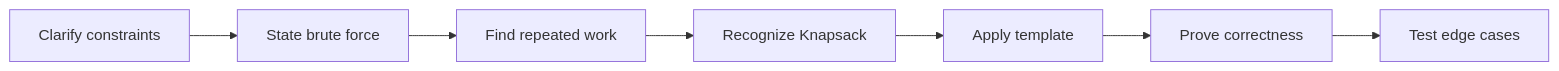
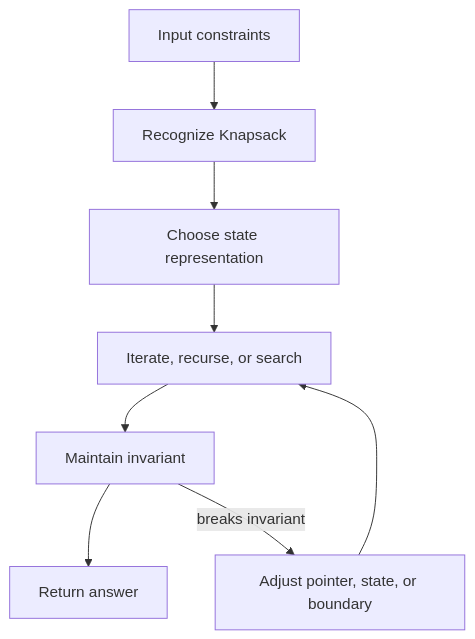
The second of 2 diagrams in coding-round/patterns/dynamic-programming-track/knapsack/index.md (abstractinterviews/abstractinterviews.github.io), drawn with Mermaid before and after one commit. The commit also changed other lines of this file and 278 other files, not shown here.

````diff
--- a/coding-round/patterns/dynamic-programming-track/knapsack/index.md
+++ b/coding-round/patterns/dynamic-programming-track/knapsack/index.md
@@ -123,9 +121,10 @@
-~~~mermaid
-flowchart LR
-    A["Clarify constraints"] --> B["State brute force"]
-    B --> C["Find repeated work"]
-    C --> D["Recognize Knapsack"]
-    D --> E["Apply template"]
-    E --> F["Prove correctness"]
-    F --> G["Test edge cases"]
-~~~
+```mermaid
+flowchart TD
+    Input["Input constraints"] --> Pattern["Recognize Knapsack"]
+    Pattern --> State["Choose state representation"]
+    State --> Iterate["Iterate, recurse, or search"]
+    Iterate --> Check["Maintain invariant"]
+    Check --> Result["Return answer"]
+    Check -->|breaks invariant| Fix["Adjust pointer, state, or boundary"]
+    Fix --> Iterate
+```
````
